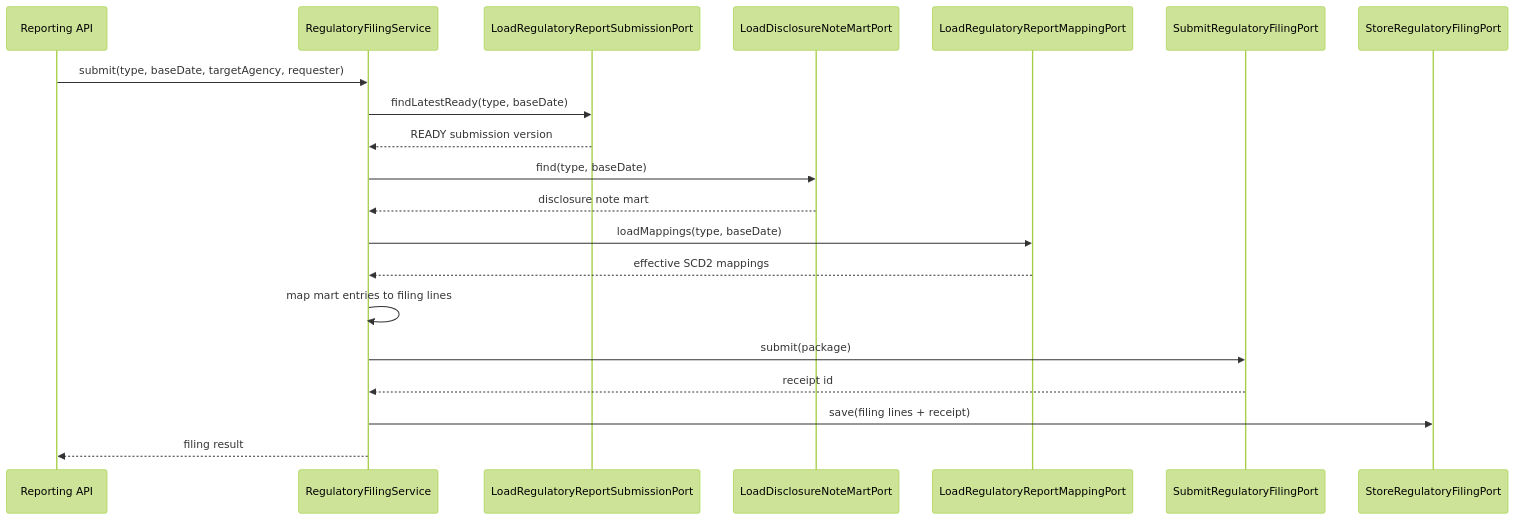
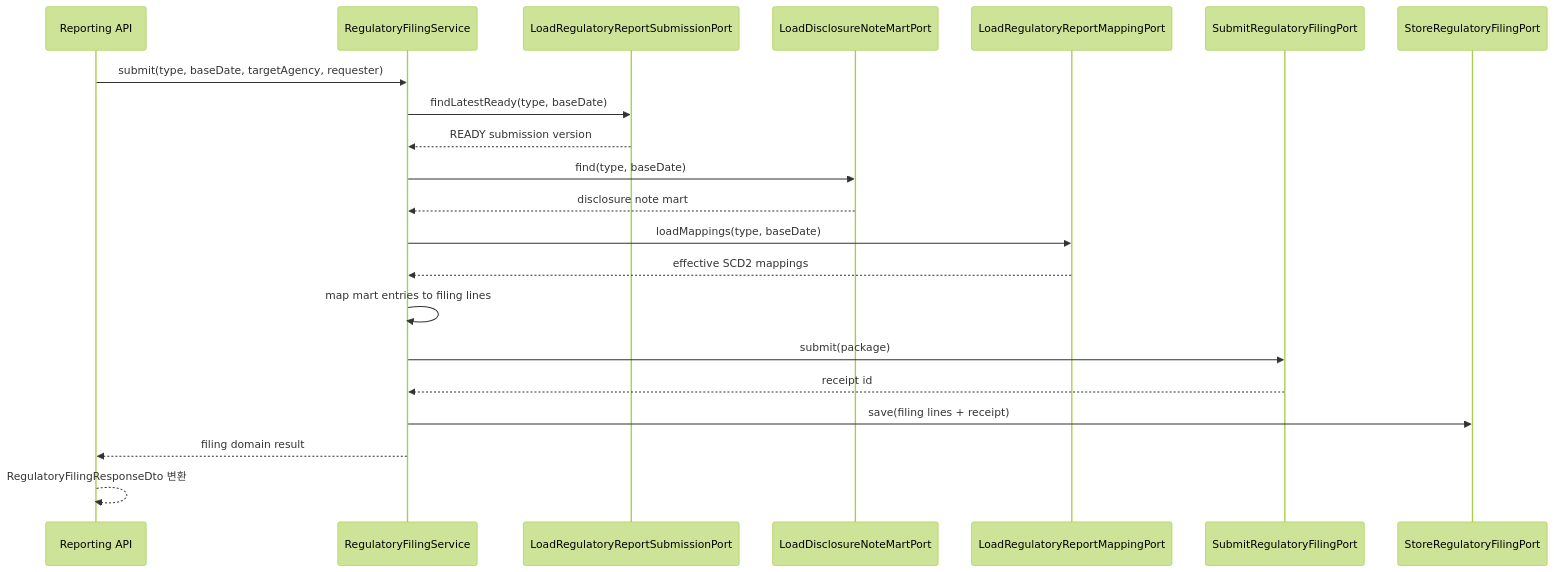
Before and after one commit to skyg547/account: the fourth of 5 diagrams in reporting/docs/process-flow.md, drawn with Mermaid (forest theme). The commit also changed other lines of this file and 82 other files, not shown here.

````diff
--- a/reporting/docs/process-flow.md
+++ b/reporting/docs/process-flow.md
@@ -63,23 +66,24 @@
 ```mermaid
 sequenceDiagram
     participant API as Reporting API
     participant Service as RegulatoryFilingService
     participant Submission as LoadRegulatoryReportSubmissionPort
     participant Mart as LoadDisclosureNoteMartPort
     participant Mapping as LoadRegulatoryReportMappingPort
     participant Gateway as SubmitRegulatoryFilingPort
     participant Store as StoreRegulatoryFilingPort
 
     API->>Service: submit(type, baseDate, targetAgency, requester)
     Service->>Submission: findLatestReady(type, baseDate)
     Submission-->>Service: READY submission version
     Service->>Mart: find(type, baseDate)
     Mart-->>Service: disclosure note mart
     Service->>Mapping: loadMappings(type, baseDate)
     Mapping-->>Service: effective SCD2 mappings
     Service->>Service: map mart entries to filing lines
     Service->>Gateway: submit(package)
     Gateway-->>Service: receipt id
     Service->>Store: save(filing lines + receipt)
-    Service-->>API: filing result
+    Service-->>API: filing domain result
+    API-->>API: RegulatoryFilingResponseDto 변환
 ```
````
